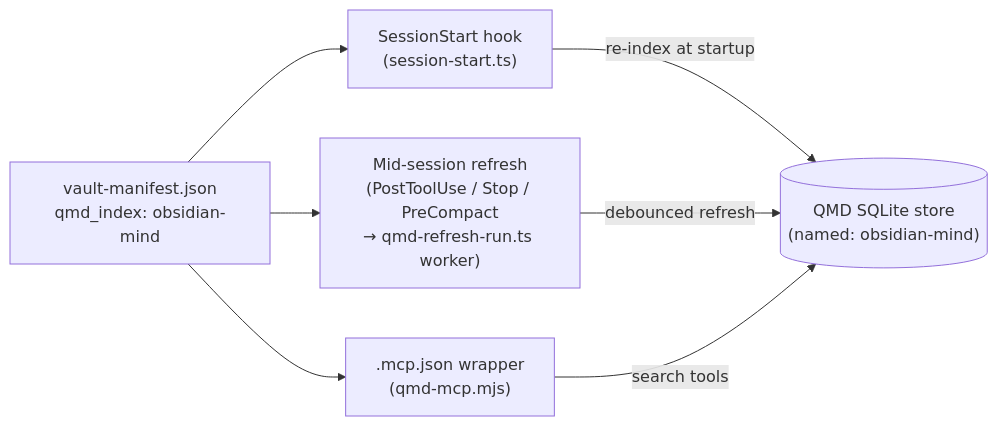
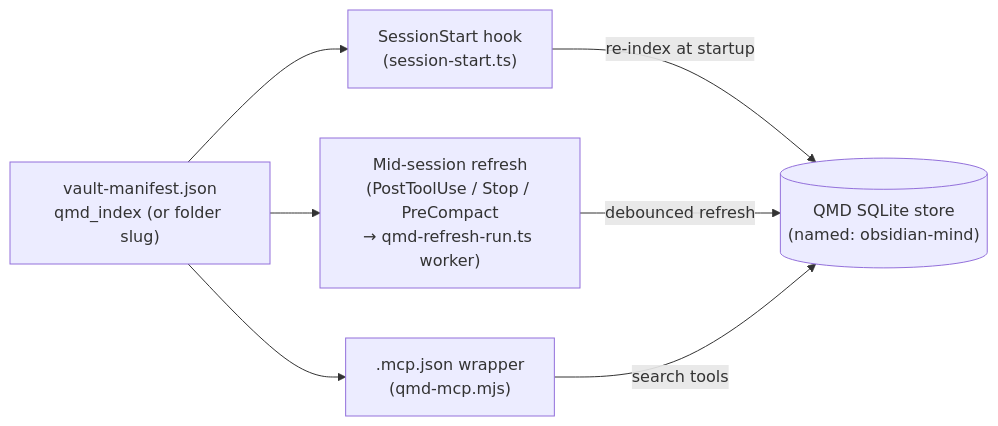
One commit to breferrari/obsidian-mind changed the second of 7 diagrams in ARCHITECTURE.md. Above: the diagram before and after it, drawn with Mermaid. The commit also changed other lines of this file and 15 other files, not shown here.

````diff
--- a/ARCHITECTURE.md
+++ b/ARCHITECTURE.md
@@ -106,15 +106,15 @@
 ```mermaid
 flowchart LR
-    Manifest["vault-manifest.json<br/>qmd_index: obsidian-mind"]
+    Manifest["vault-manifest.json<br/>qmd_index (or folder slug)"]
     SessionStart["SessionStart hook<br/>(session-start.ts)"]
     MCP[".mcp.json wrapper<br/>(qmd-mcp.mjs)"]
     Refresh["Mid-session refresh<br/>(PostToolUse / Stop / PreCompact<br/>→ qmd-refresh-run.ts worker)"]
     Store[("QMD SQLite store<br/>(named: obsidian-mind)")]
 
     Manifest --> SessionStart
     Manifest --> MCP
     Manifest --> Refresh
     SessionStart -->|re-index at startup| Store
     Refresh -->|debounced refresh| Store
     MCP -->|search tools| Store
 ```
````
